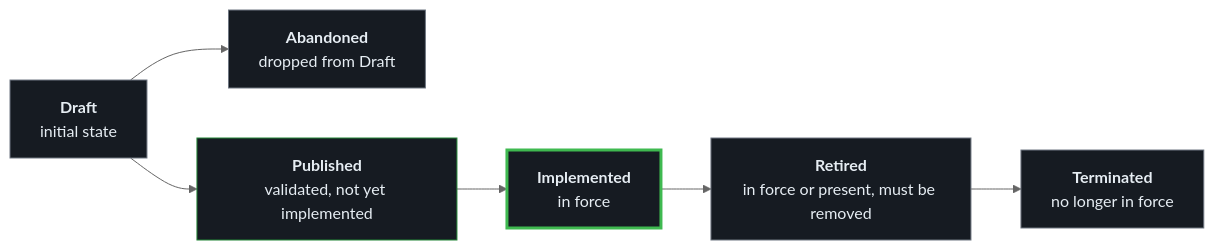
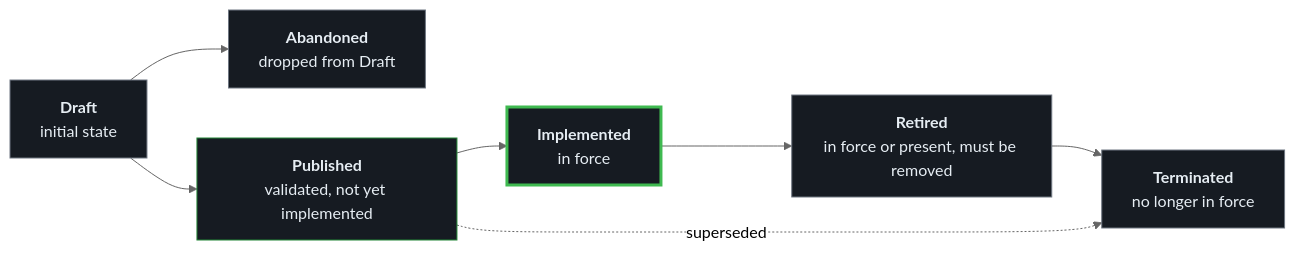
The diagram in docs/rules.md (SteerSpec/strspc-rules), drawn with Mermaid (neutral theme) before and after one commit. The commit also changed other lines of this file and 4 other files, not shown here.

````diff
--- a/docs/rules.md
+++ b/docs/rules.md
@@ -43,21 +65,22 @@
 ```mermaid
 flowchart LR
     D["<b>Draft</b><br/>initial state"]
     A["<b>Abandoned</b><br/>dropped from Draft"]
     P["<b>Published</b><br/>validated, not yet implemented"]
     I["<b>Implemented</b><br/>in force"]
     R["<b>Retired</b><br/>in force or present, must be removed"]
     T["<b>Terminated</b><br/>no longer in force"]
 
     D --> P --> I --> R --> T
     D --> A
+    P -.->|superseded| T
 
     classDef draft fill:#161B22,stroke:#6E7681,color:#E6EDF3
     classDef published fill:#161B22,stroke:#238636,color:#E6EDF3
     classDef implemented fill:#161B22,stroke:#3FB950,stroke-width:3px,color:#E6EDF3
     classDef ended fill:#161B22,stroke:#6E7681,color:#E6EDF3
     class D draft
     class P published
     class I implemented
     class A,R,T ended
 ```
````
